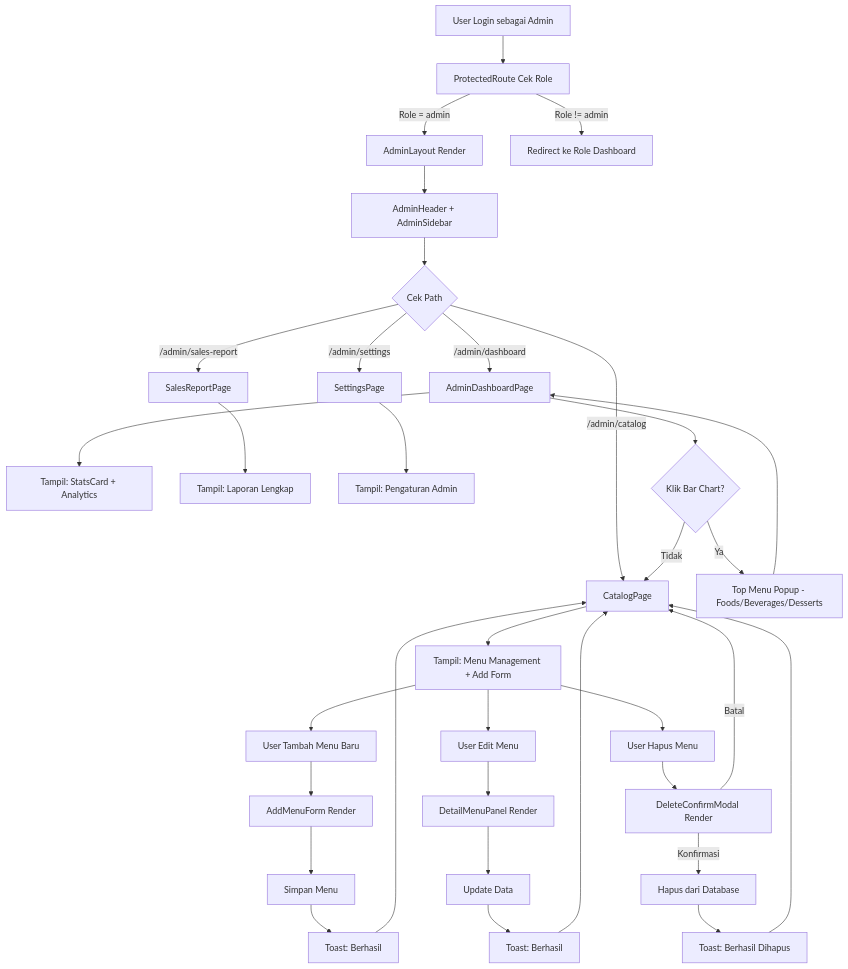
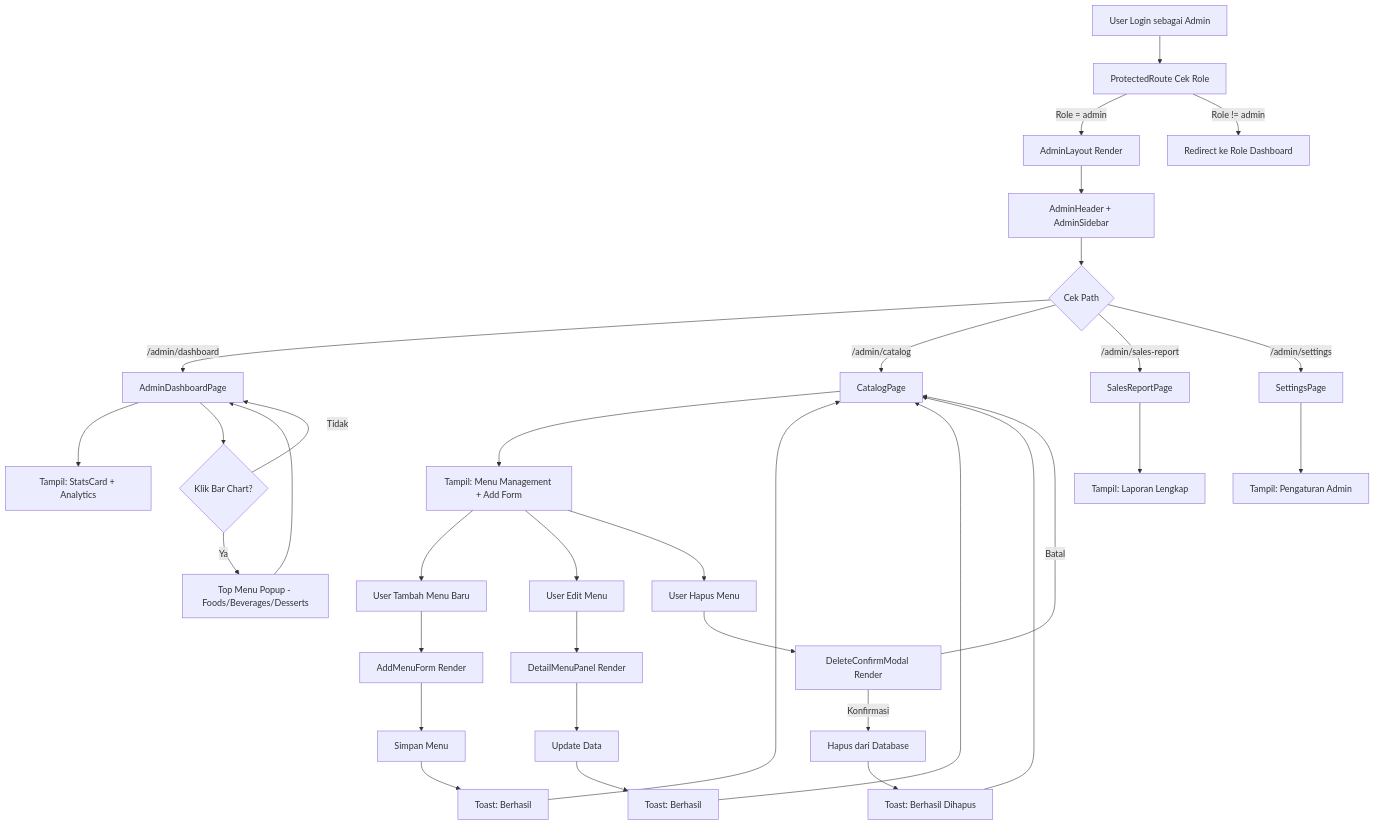
One commit to ricky-blip/pos-frontend changed the seventh of 20 diagrams in FLOWCHART.md. Above: the diagram before and after it, drawn with Mermaid. The commit also changed other lines of this file and 17 other files, not shown here.

````diff
--- a/FLOWCHART.md
+++ b/FLOWCHART.md
@@ -241,43 +259,43 @@
 ```mermaid
 flowchart TD
     A[User Login sebagai Admin] --> B[ProtectedRoute Cek Role]
     B -->|Role = admin| C[AdminLayout Render]
     B -->|Role != admin| D[Redirect ke Role Dashboard]
 
     C --> E[AdminHeader + AdminSidebar]
     E --> F{Cek Path}
 
     F -->|/admin/dashboard| G[AdminDashboardPage]
     F -->|/admin/catalog| H[CatalogPage]
     F -->|/admin/sales-report| I[SalesReportPage]
     F -->|/admin/settings| J[SettingsPage]
 
     G --> K[Tampil: StatsCard + Analytics]
     H --> L[Tampil: Menu Management + Add Form]
     I --> M[Tampil: Laporan Lengkap]
     J --> N[Tampil: Pengaturan Admin]
 
     L --> O[User Tambah Menu Baru]
     O --> P[AddMenuForm Render]
     P --> Q[Simpan Menu]
     Q --> R[Toast: Berhasil]
     R --> H
 
     L --> S[User Edit Menu]
     S --> T[DetailMenuPanel Render]
     T --> U[Update Data]
     U --> V[Toast: Berhasil]
     V --> H
 
     L --> W[User Hapus Menu]
     W --> X[DeleteConfirmModal Render]
     X -->|Konfirmasi| Y[Hapus dari Database]
     X -->|Batal| H
     Y --> Z[Toast: Berhasil Dihapus]
     Z --> H
 
     G --> AA{Klik Bar Chart?}
     AA -->|Ya| AB[Top Menu Popup - Foods/Beverages/Desserts]
-    AA -->|Tidak| H
+    AA -->|Tidak| G
     AB --> G
 ```
````
